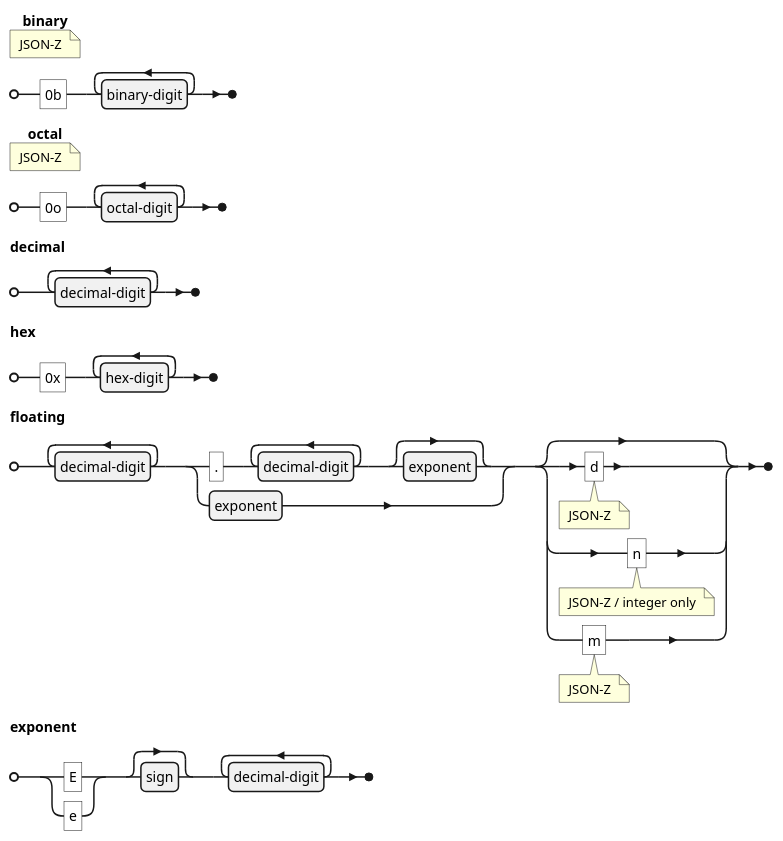
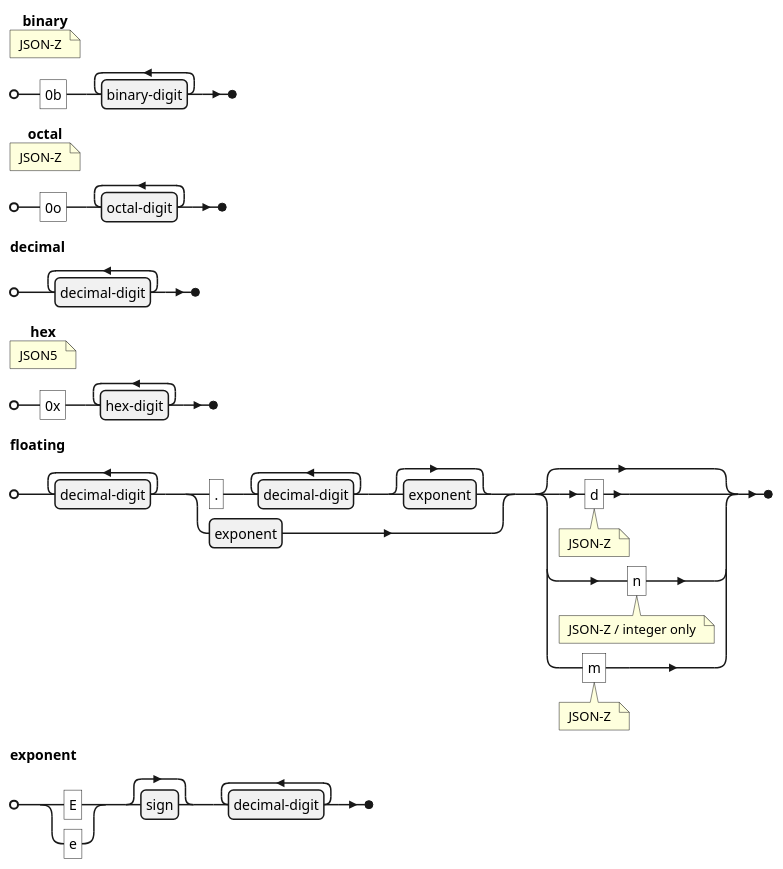
The fourth of 7 diagrams in GRAMMAR.md (kshetline/json-z), drawn with PlantUML before and after one commit. The commit also changed other lines of this file and 22 other files, not shown here.

````diff
--- a/GRAMMAR.md
+++ b/GRAMMAR.md
@@ -135,17 +135,17 @@
 ```plantuml
 @startebnf
 
 binary (* JSON-Z *) = "0b", { binary-digit}- ;
 
 octal (* JSON-Z *) = "0o", { octal-digit }- ;
 
 decimal = { decimal-digit }- ;
 
-hex = "0x", { hex-digit }- ;
+hex (* JSON5 *) = "0x", { hex-digit }- ;
 
 floating = { decimal-digit }-, ( ( ".", { decimal-digit }-, [ exponent ]) | ( exponent ) ), [ "d" (* JSON-Z *) | "n" (* JSON-Z / integer only *) | "m" (* JSON-Z *) ] ;
 
 exponent = ("E" | 'e'), [ sign ], { decimal-digit }- ;
 
 @endebnf
 ```
````
